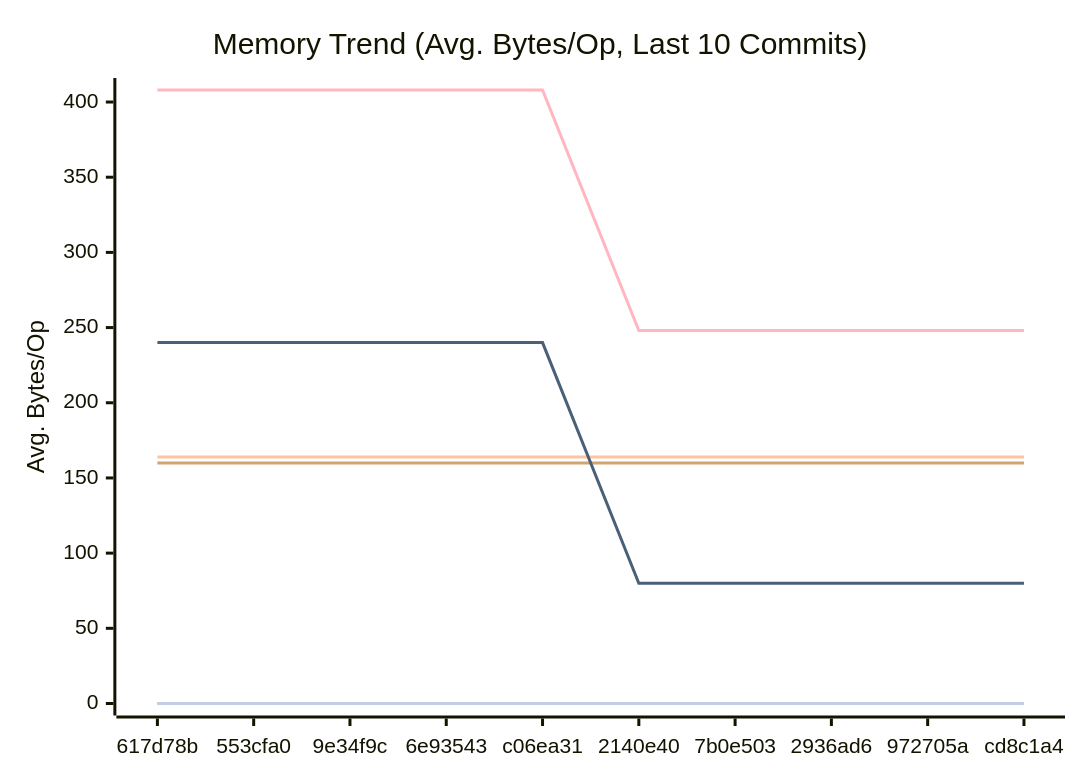
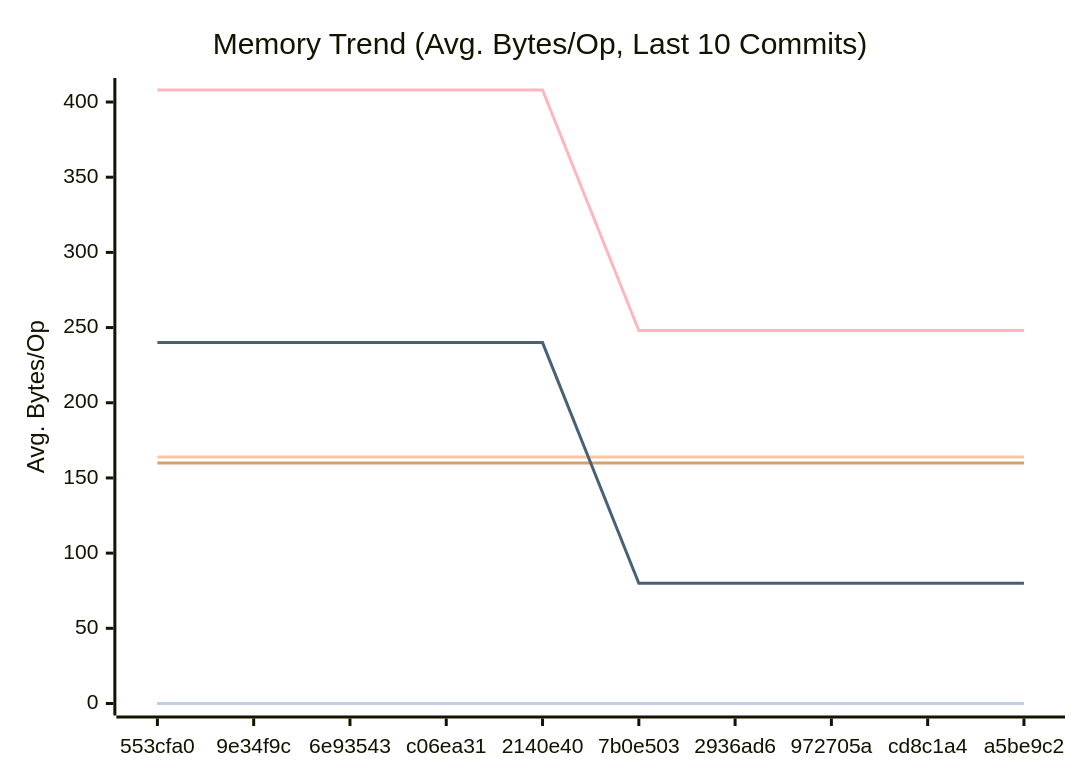
The second of 3 diagrams in docs/PERFORMANCE.md (alsotoes/momo), drawn with Mermaid before and after one commit. The commit also changed other lines of this file and 4 other files, not shown here.

````diff
--- a/docs/PERFORMANCE.md
+++ b/docs/PERFORMANCE.md
@@ -97,16 +97,16 @@
 ```mermaid
 xychart-beta
     title "Memory Trend (Avg. Bytes/Op, Last 10 Commits)"
     x-axis "Commit"
     y-axis "Avg. Bytes/Op"
-    x-axis [617d78b,553cfa0,9e34f9c,6e93543,c06ea31,2140e40,7b0e503,2936ad6,972705a,cd8c1a4]
+    x-axis [553cfa0,9e34f9c,6e93543,c06ea31,2140e40,7b0e503,2936ad6,972705a,cd8c1a4,a5be9c2]
     line "CheckMetricsAndSwap" [0,0,0,0,0,0,0,0,0,0]
     line "CrushOptimized" [0,0,0,0,0,0,0,0,0,0]
     line "CrushOriginal" [164,164,164,164,164,164,164,164,164,164]
     line "IndexDirectTracking" [0,0,0,0,0,0,0,0,0,0]
     line "IndexSearch" [0,0,0,0,0,0,0,0,0,0]
     line "LoadGlobalConfig" [160,160,160,160,160,160,160,160,160,160]
     line "PadString" [0,0,0,0,0,0,0,0,0,0]
     line "ParseReplicationOrder_NoPrealloc" [408,408,408,408,408,248,248,248,248,248]
     line "ParseReplicationOrder_Prealloc" [240,240,240,240,240,80,80,80,80,80]
 ```
````
